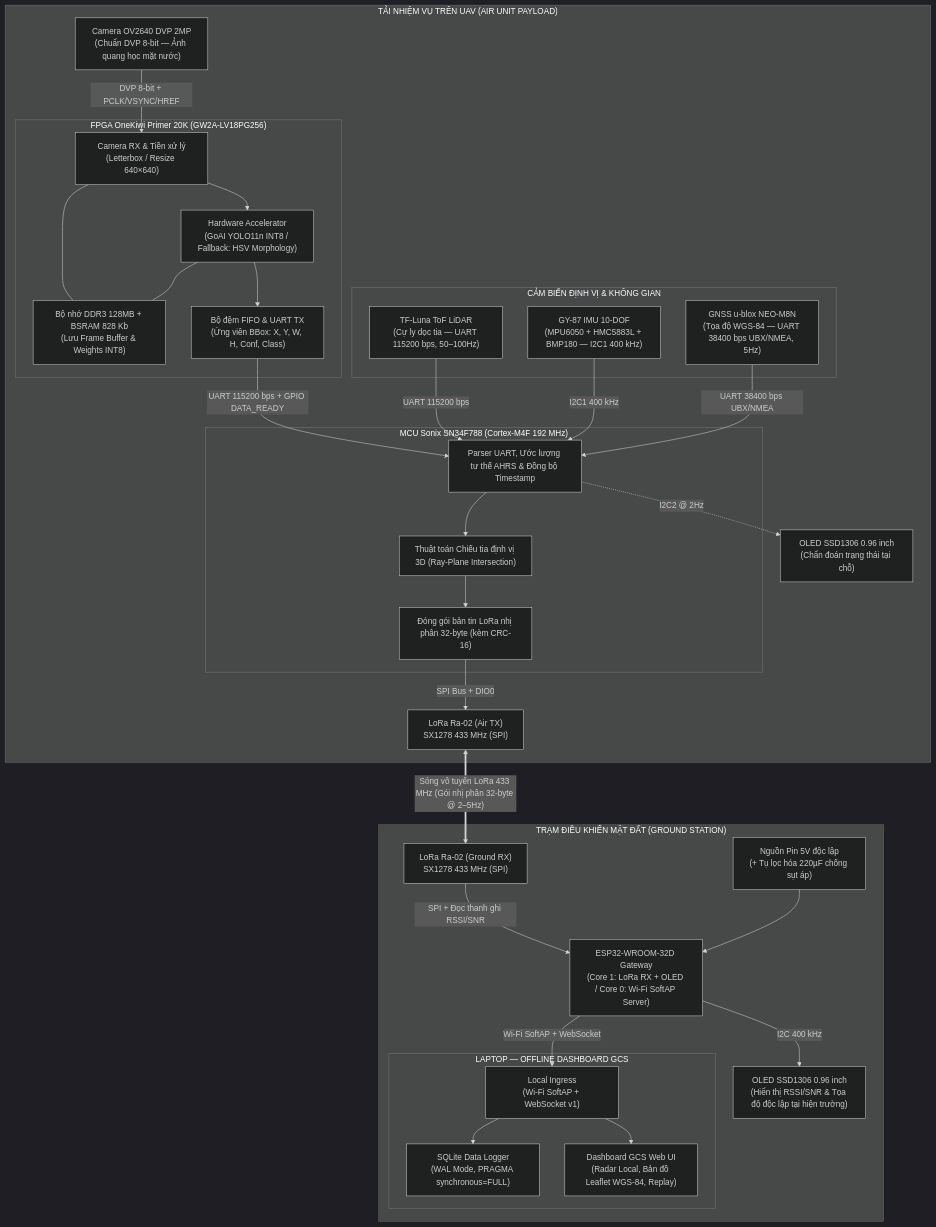
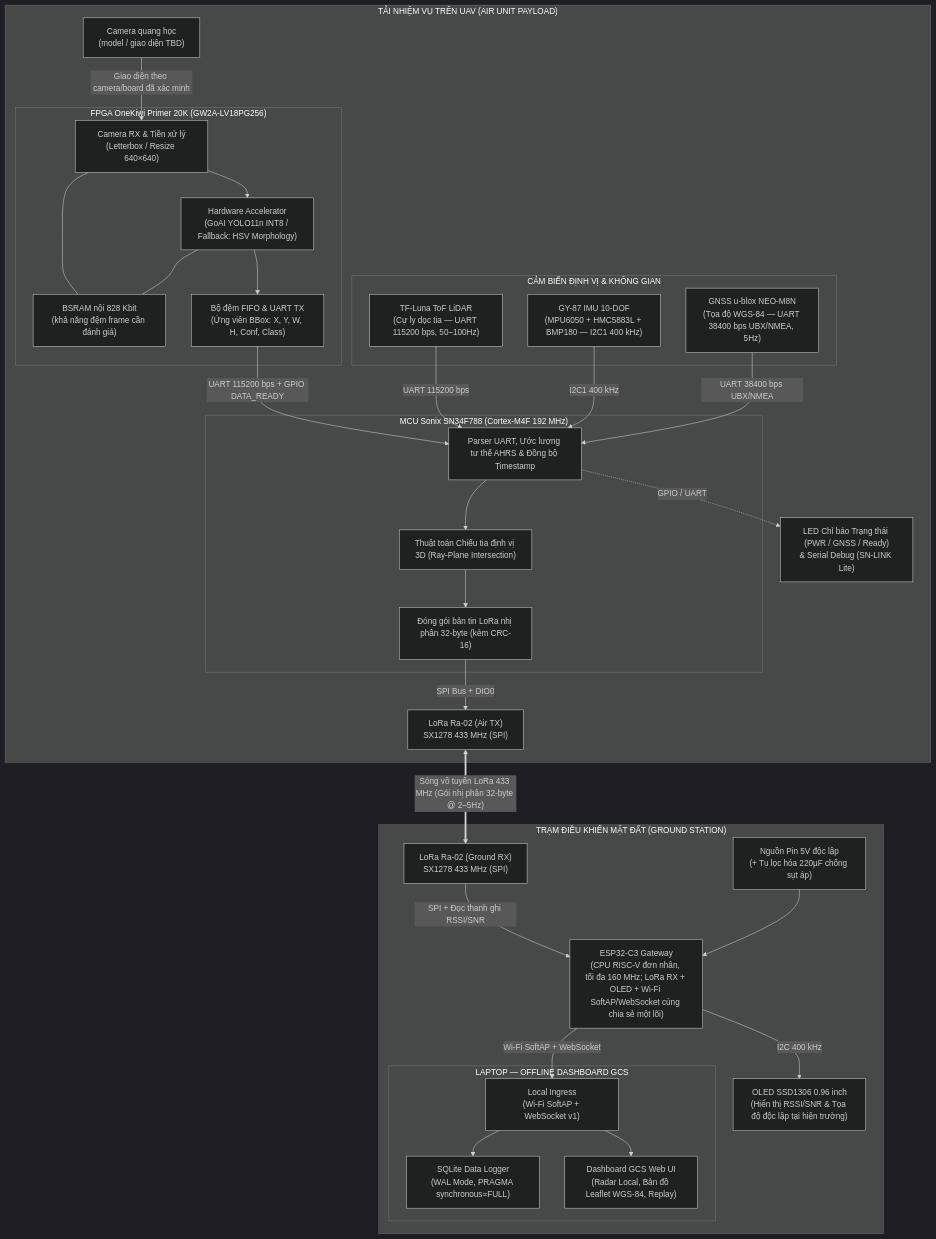
One commit to duyphong375/Project_UAV changed the diagram in docs/KVC_ThietKeHeThong.md. Above: the diagram before and after it, drawn with Mermaid (dark theme). The commit also changed other lines of this file and 30 other files, not shown here.

````diff
--- a/docs/KVC_ThietKeHeThong.md
+++ b/docs/KVC_ThietKeHeThong.md
@@ -87,59 +87,59 @@
 ```mermaid
 flowchart TB
     subgraph AIR["TẢI NHIỆM VỤ TRÊN UAV (AIR UNIT PAYLOAD)"]
-        CAM["Camera OV2640 DVP 2MP<br/>(Chuẩn DVP 8-bit — Ảnh quang học mặt nước)"]
+        CAM["Camera quang học<br/>(model / giao diện TBD)"]
         subgraph FPGA_BOX["FPGA OneKiwi Primer 20K (GW2A-LV18PG256)"]
             RX["Camera RX & Tiền xử lý<br/>(Letterbox / Resize 640×640)"]
-            MEM["Bộ nhớ DDR3 128MB + BSRAM 828 Kb<br/>(Lưu Frame Buffer & Weights INT8)"]
+            MEM["BSRAM nội 828 Kbit<br/>(khả năng đệm frame cần đánh giá)"]
             AI["Hardware Accelerator<br/>(GoAI YOLO11n INT8 / Fallback: HSV Morphology)"]
             TX["Bộ đệm FIFO & UART TX<br/>(Ứng viên BBox: X, Y, W, H, Conf, Class)"]
             RX --- MEM
             RX --> AI
             AI --- MEM
             AI --> TX
         end
         subgraph MCU_AIR["MCU Sonix SN34F788 (Cortex-M4F 192 MHz)"]
             FUSION["Parser UART, Ước lượng tư thế AHRS & Đồng bộ Timestamp"]
             GEOREF["Thuật toán Chiếu tia định vị 3D (Ray-Plane Intersection)"]
             PACKET["Đóng gói bản tin LoRa nhị phân 32-byte (kèm CRC-16)"]
             FUSION --> GEOREF --> PACKET
         end
         subgraph SENSORS["CẢM BIẾN ĐỊNH VỊ & KHÔNG GIAN"]
             LIDAR["TF-Luna ToF LiDAR<br/>(Cự ly dọc tia — UART 115200 bps, 50–100Hz)"]
             IMU["GY-87 IMU 10-DOF<br/>(MPU6050 + HMC5883L + BMP180 — I2C1 400 kHz)"]
             GNSS["GNSS u-blox NEO-M8N<br/>(Tọa độ WGS-84 — UART 38400 bps UBX/NMEA, 5Hz)"]
         end
         RF1["LoRa Ra-02 (Air TX)<br/>SX1278 433 MHz (SPI)"]
-        OLED_AIR["OLED SSD1306 0.96 inch<br/>(Chẩn đoán trạng thái tại chỗ)"]
+        LED_STATUS["LED Chỉ báo Trạng thái (PWR / GNSS / Ready)<br/>& Serial Debug (SN-LINK Lite)"]
 
-        CAM -->|DVP 8-bit + PCLK/VSYNC/HREF| RX
+        CAM -->|Giao diện theo camera/board đã xác minh| RX
         TX -->|UART 115200 bps + GPIO DATA_READY| FUSION
         LIDAR -->|UART 115200 bps| FUSION
         IMU -->|I2C1 400 kHz| FUSION
         GNSS -->|UART 38400 bps UBX/NMEA| FUSION
         PACKET -->|SPI Bus + DIO0| RF1
-        FUSION -.->|I2C2 @ 2Hz| OLED_AIR
+        FUSION -.->|GPIO / UART| LED_STATUS
     end
 
     subgraph GROUND["TRẠM ĐIỀU KHIỂN MẶT ĐẤT (GROUND STATION)"]
         RF2["LoRa Ra-02 (Ground RX)<br/>SX1278 433 MHz (SPI)"]
-        MCU_GND["ESP32-WROOM-32D Gateway<br/>(Core 1: LoRa RX + OLED / Core 0: Wi-Fi SoftAP Server)"]
+        MCU_GND["ESP32-C3 Gateway<br/>(CPU RISC-V đơn nhân, tối đa 160 MHz; LoRa RX + OLED + Wi-Fi SoftAP/WebSocket cùng chia sẻ một lõi)"]
         OLED_GND["OLED SSD1306 0.96 inch<br/>(Hiển thị RSSI/SNR & Tọa độ độc lập tại hiện trường)"]
         PWR["Nguồn Pin 5V độc lập<br/>(+ Tụ lọc hóa 220µF chống sụt áp)"]
 
         subgraph PC["LAPTOP — OFFLINE DASHBOARD GCS"]
             INGRESS["Local Ingress<br/>(Wi-Fi SoftAP + WebSocket v1)"]
             DB["SQLite Data Logger<br/>(WAL Mode, PRAGMA synchronous=FULL)"]
             UI["Dashboard GCS Web UI<br/>(Radar Local, Bản đồ Leaflet WGS-84, Replay)"]
             INGRESS --> DB
             INGRESS --> UI
         end
 
         RF2 -->|SPI + Đọc thanh ghi RSSI/SNR| MCU_GND
         PWR --> MCU_GND
         MCU_GND -->|I2C 400 kHz| OLED_GND
         MCU_GND -->|Wi-Fi SoftAP + WebSocket| INGRESS
     end
 
     RF1 <==>|"Sóng vô tuyến LoRa 433 MHz (Gói nhị phân 32-byte @ 2–5Hz)"| RF2
 ```
````
